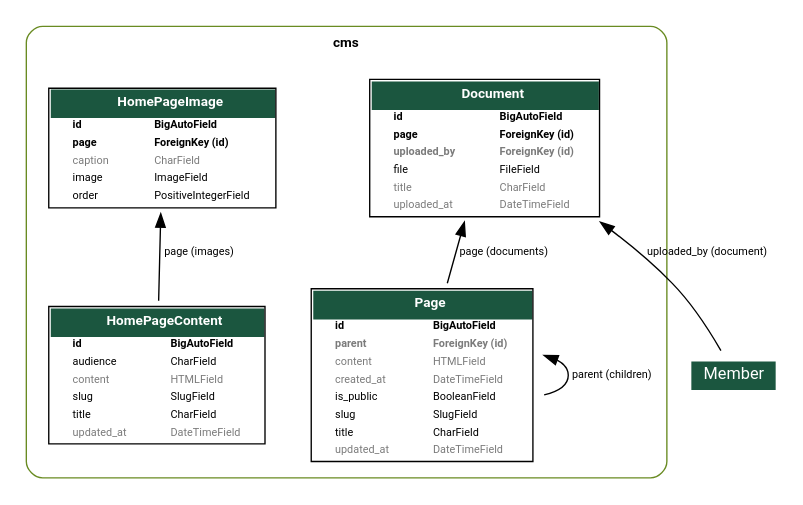
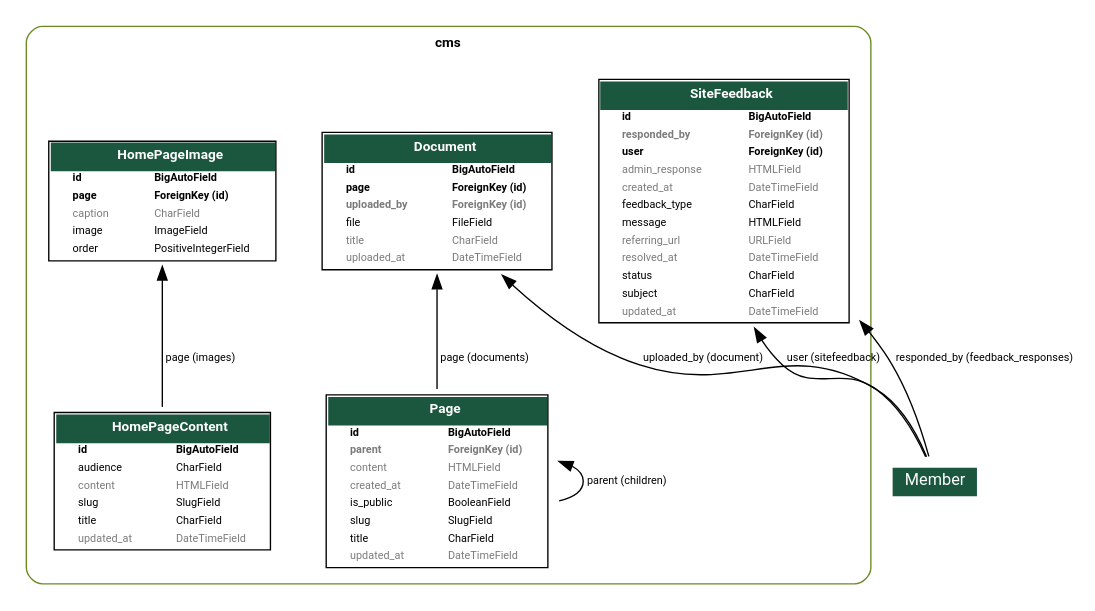
The diagram in cms/docs/cms.dot (pietbarber/Manage2Soar), drawn with Graphviz before and after one commit. The commit also changed 5 other files, not shown here.

Commit message:
feat: implement site feedback system with model, admin interface, and tests

```diff
--- a/cms/docs/cms.dot
+++ b/cms/docs/cms.dot
@@ -1,6 +1,6 @@
 digraph model_graph {
   // Dotfile by Django-Extensions graph_models
-  // Created: 2025-10-20 10:48
+  // Created: 2025-10-26 16:19
   // Cli Options: cms --arrow-shape normal --group-models --output /home/pb/Projects/skylinesoaring/cms/docs/cms.dot
 
   fontname = "Roboto"
@@ -273,6 +273,112 @@
     
       </TABLE>
       >]
+  
+    cms_models_SiteFeedback [label=<
+      <TABLE BGCOLOR="white" BORDER="1" CELLBORDER="0" CELLSPACING="0">
+      <TR><TD COLSPAN="2" CELLPADDING="5" ALIGN="CENTER" BGCOLOR="#1b563f">
+      <FONT FACE="Roboto" COLOR="white" POINT-SIZE="10"><B>
+      SiteFeedback
+      </B></FONT></TD></TR>
+    
+    
+      <TR><TD ALIGN="LEFT" BORDER="0">
+      <FONT FACE="Roboto"><B>id</B></FONT>
+      </TD><TD ALIGN="LEFT">
+      <FONT FACE="Roboto"><B>BigAutoField</B></FONT>
+      </TD></TR>
+    
+    
+    
+      <TR><TD ALIGN="LEFT" BORDER="0">
+      <FONT COLOR="#7B7B7B" FACE="Roboto"><B>responded_by</B></FONT>
+      </TD><TD ALIGN="LEFT">
+      <FONT COLOR="#7B7B7B" FACE="Roboto"><B>ForeignKey (id)</B></FONT>
+      </TD></TR>
+    
+    
+    
+      <TR><TD ALIGN="LEFT" BORDER="0">
+      <FONT FACE="Roboto"><B>user</B></FONT>
+      </TD><TD ALIGN="LEFT">
+      <FONT FACE="Roboto"><B>ForeignKey (id)</B></FONT>
+      </TD></TR>
+    
+    
+    
+      <TR><TD ALIGN="LEFT" BORDER="0">
+      <FONT COLOR="#7B7B7B" FACE="Roboto">admin_response</FONT>
+      </TD><TD ALIGN="LEFT">
+      <FONT COLOR="#7B7B7B" FACE="Roboto">HTMLField</FONT>
+      </TD></TR>
+    
+    
+    
+      <TR><TD ALIGN="LEFT" BORDER="0">
+      <FONT COLOR="#7B7B7B" FACE="Roboto">created_at</FONT>
+      </TD><TD ALIGN="LEFT">
+      <FONT COLOR="#7B7B7B" FACE="Roboto">DateTimeField</FONT>
+      </TD></TR>
+    
+    
+    
+      <TR><TD ALIGN="LEFT" BORDER="0">
+      <FONT FACE="Roboto">feedback_type</FONT>
+      </TD><TD ALIGN="LEFT">
+      <FONT FACE="Roboto">CharField</FONT>
+      </TD></TR>
+    
+    
+    
+      <TR><TD ALIGN="LEFT" BORDER="0">
+      <FONT FACE="Roboto">message</FONT>
+      </TD><TD ALIGN="LEFT">
+      <FONT FACE="Roboto">HTMLField</FONT>
+      </TD></TR>
+    
+    
+    
+      <TR><TD ALIGN="LEFT" BORDER="0">
+      <FONT COLOR="#7B7B7B" FACE="Roboto">referring_url</FONT>
+      </TD><TD ALIGN="LEFT">
+      <FONT COLOR="#7B7B7B" FACE="Roboto">URLField</FONT>
+      </TD></TR>
+    
+    
+    
+      <TR><TD ALIGN="LEFT" BORDER="0">
+      <FONT COLOR="#7B7B7B" FACE="Roboto">resolved_at</FONT>
+      </TD><TD ALIGN="LEFT">
+      <FONT COLOR="#7B7B7B" FACE="Roboto">DateTimeField</FONT>
+      </TD></TR>
+    
+    
+    
+      <TR><TD ALIGN="LEFT" BORDER="0">
+      <FONT FACE="Roboto">status</FONT>
+      </TD><TD ALIGN="LEFT">
+      <FONT FACE="Roboto">CharField</FONT>
+      </TD></TR>
+    
+    
+    
+      <TR><TD ALIGN="LEFT" BORDER="0">
+      <FONT FACE="Roboto">subject</FONT>
+      </TD><TD ALIGN="LEFT">
+      <FONT FACE="Roboto">CharField</FONT>
+      </TD></TR>
+    
+    
+    
+      <TR><TD ALIGN="LEFT" BORDER="0">
+      <FONT COLOR="#7B7B7B" FACE="Roboto">updated_at</FONT>
+      </TD><TD ALIGN="LEFT">
+      <FONT COLOR="#7B7B7B" FACE="Roboto">DateTimeField</FONT>
+      </TD></TR>
+    
+    
+      </TABLE>
+      >]
 
   }
 
@@ -296,6 +402,24 @@
 
   cms_models_HomePageImage -> cms_models_HomePageContent
   [label=" page (images)"] [arrowhead=none, arrowtail=normal, dir=both];
+  members_models_Member [label=<
+  <TABLE BGCOLOR="white" BORDER="0" CELLBORDER="0" CELLSPACING="0">
+  <TR><TD COLSPAN="2" CELLPADDING="4" ALIGN="CENTER" BGCOLOR="#1b563f">
+  <FONT FACE="Roboto" POINT-SIZE="12" COLOR="white">Member</FONT>
+  </TD></TR>
+  </TABLE>
+  >]
+  cms_models_SiteFeedback -> members_models_Member
+  [label=" user (sitefeedback)"] [arrowhead=none, arrowtail=normal, dir=both];
+  members_models_Member [label=<
+  <TABLE BGCOLOR="white" BORDER="0" CELLBORDER="0" CELLSPACING="0">
+  <TR><TD COLSPAN="2" CELLPADDING="4" ALIGN="CENTER" BGCOLOR="#1b563f">
+  <FONT FACE="Roboto" POINT-SIZE="12" COLOR="white">Member</FONT>
+  </TD></TR>
+  </TABLE>
+  >]
+  cms_models_SiteFeedback -> members_models_Member
+  [label=" responded_by (feedback_responses)"] [arrowhead=none, arrowtail=normal, dir=both];
 
 
 }
```
